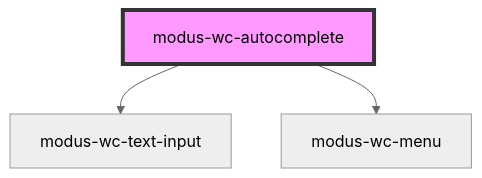
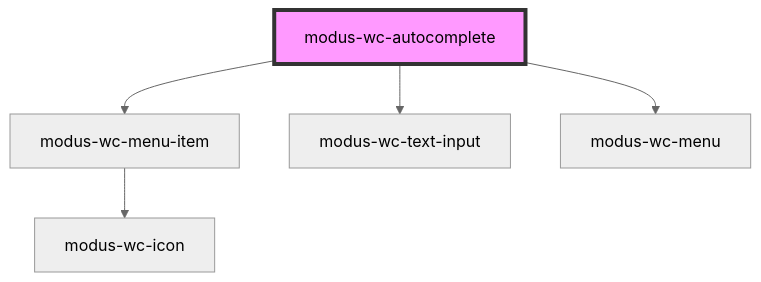
Before and after one commit to trimble-oss/modus-wc-2.0: the diagram in src/components/molecules/modus-wc-autocomplete/readme.md, drawn with Mermaid (neutral theme). The commit also changed other lines of this file and 16 other files, not shown here.

Commit message:
feat: menu-item working with menu component

````diff
--- a/src/components/molecules/modus-wc-autocomplete/readme.md
+++ b/src/components/molecules/modus-wc-autocomplete/readme.md
@@ -54,6 +55,8 @@
 ```mermaid
 graph TD;
+  modus-wc-autocomplete --> modus-wc-menu-item
   modus-wc-autocomplete --> modus-wc-text-input
   modus-wc-autocomplete --> modus-wc-menu
+  modus-wc-menu-item --> modus-wc-icon
   style modus-wc-autocomplete fill:#f9f,stroke:#333,stroke-width:4px
 ```
````
